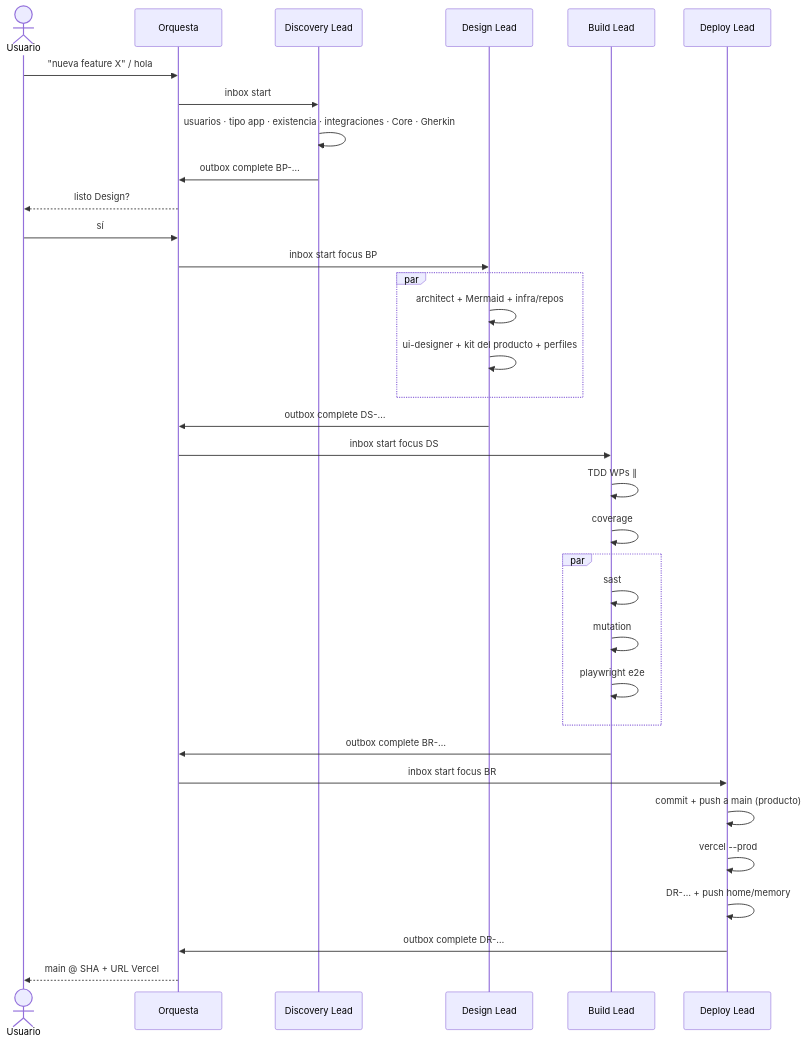
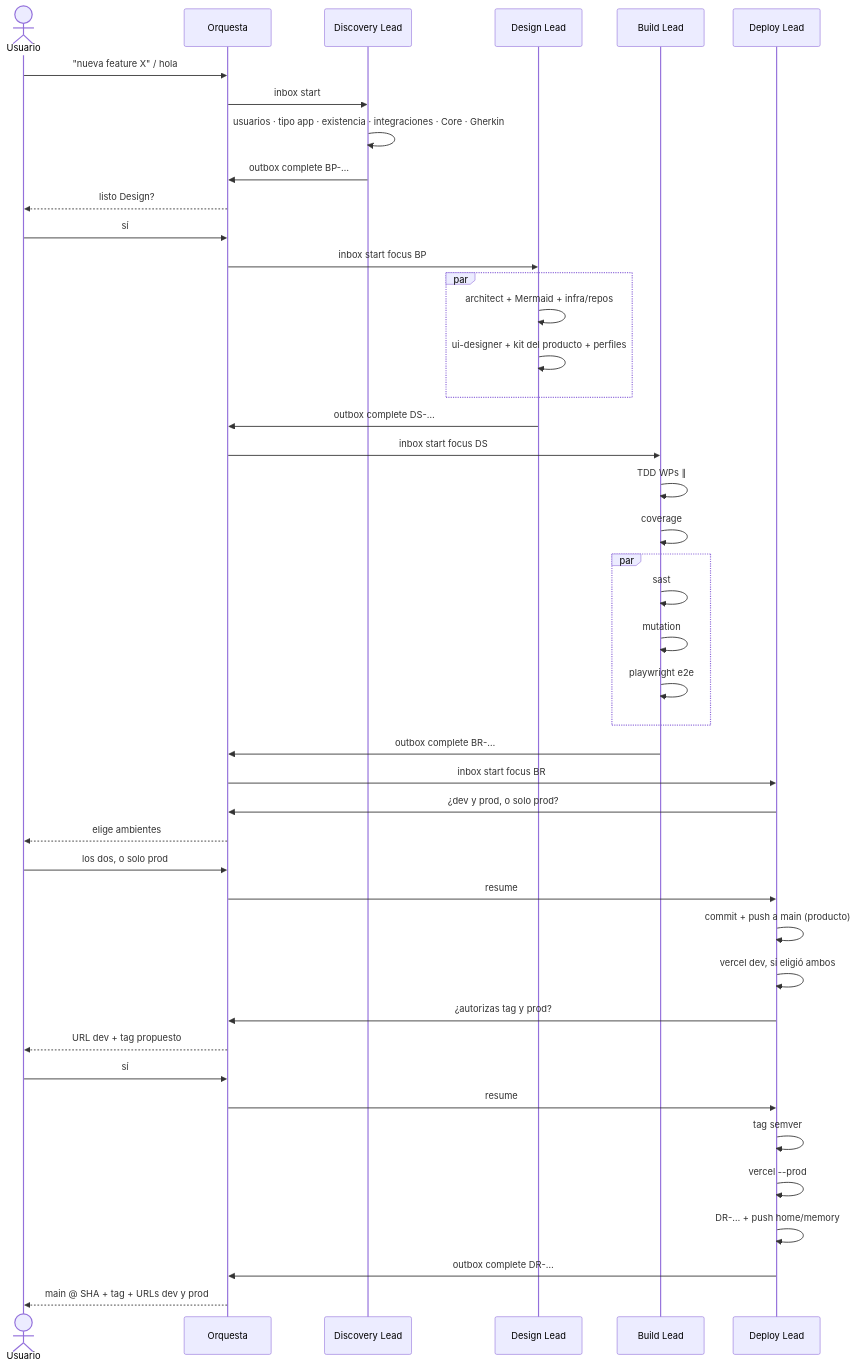
Diagram 14 of 15 in README.md (infosails/infosails-harness), drawn with Mermaid before and after one commit. The commit also changed other lines of this file and 26 other files, not shown here.

````diff
--- a/README.md
+++ b/README.md
@@ -652,37 +666,47 @@
 ```mermaid
 sequenceDiagram
   actor U as Usuario
   participant O as Orquesta
   participant Disc as Discovery Lead
   participant Des as Design Lead
   participant Bld as Build Lead
   participant Dep as Deploy Lead
 
   U->>O: "nueva feature X" / hola
   O->>Disc: inbox start
   Disc->>Disc: usuarios · tipo app · existencia · integraciones · Core · Gherkin
   Disc->>O: outbox complete BP-…
   O-->>U: listo Design?
   U->>O: sí
   O->>Des: inbox start focus BP
   par
     Des->>Des: architect + Mermaid + infra/repos
     Des->>Des: ui-designer + kit del producto + perfiles
   end
   Des->>O: outbox complete DS-…
   O->>Bld: inbox start focus DS
   Bld->>Bld: TDD WPs ∥
   Bld->>Bld: coverage
   par
     Bld->>Bld: sast
     Bld->>Bld: mutation
     Bld->>Bld: playwright e2e
   end
   Bld->>O: outbox complete BR-…
   O->>Dep: inbox start focus BR
+  Dep->>O: ¿dev y prod, o solo prod?
+  O-->>U: elige ambientes
+  U->>O: los dos, o solo prod
+  O->>Dep: resume
   Dep->>Dep: commit + push a main (producto)
+  Dep->>Dep: vercel dev, si eligió ambos
+  Dep->>O: ¿autorizas tag y prod?
+  O-->>U: URL dev + tag propuesto
+  U->>O: sí
+  O->>Dep: resume
+  Dep->>Dep: tag semver
   Dep->>Dep: vercel --prod
   Dep->>Dep: DR-… + push home/memory
   Dep->>O: outbox complete DR-…
-  O-->>U: main @ SHA + URL Vercel
+  O-->>U: main @ SHA + tag + URLs dev y prod
 ```
````
